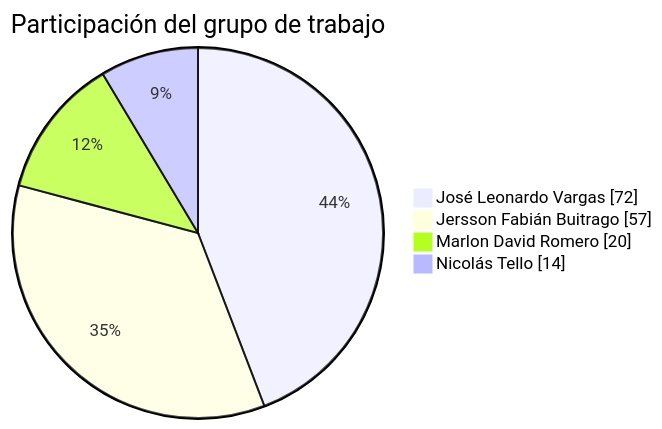
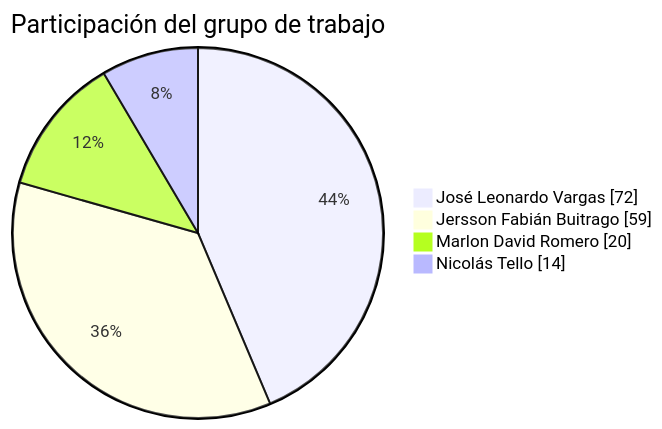
Before and after one commit to FarmaExpres/FarmaExpres: the first of 2 diagrams in README.md, drawn with Mermaid. The commit also changed other lines of this file and 1 other file, not shown here.

````diff
--- a/README.md
+++ b/README.md
@@ -316,8 +312,8 @@
 ```mermaid
 pie showData
     title Participación del grupo de trabajo
     "José Leonardo Vargas" : 72
-    "Jersson Fabián Buitrago" : 57
+    "Jersson Fabián Buitrago" : 59
     "Marlon David Romero" : 20
     "Nicolás Tello" : 14
 ```
````
